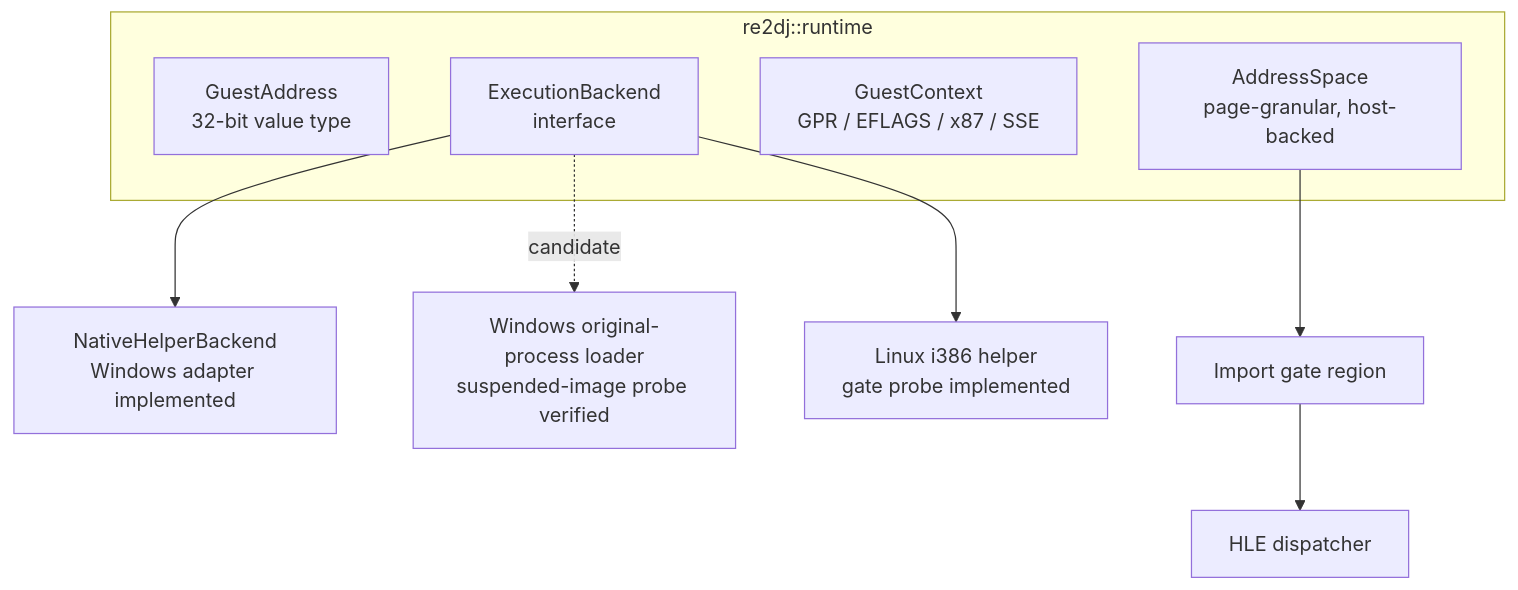
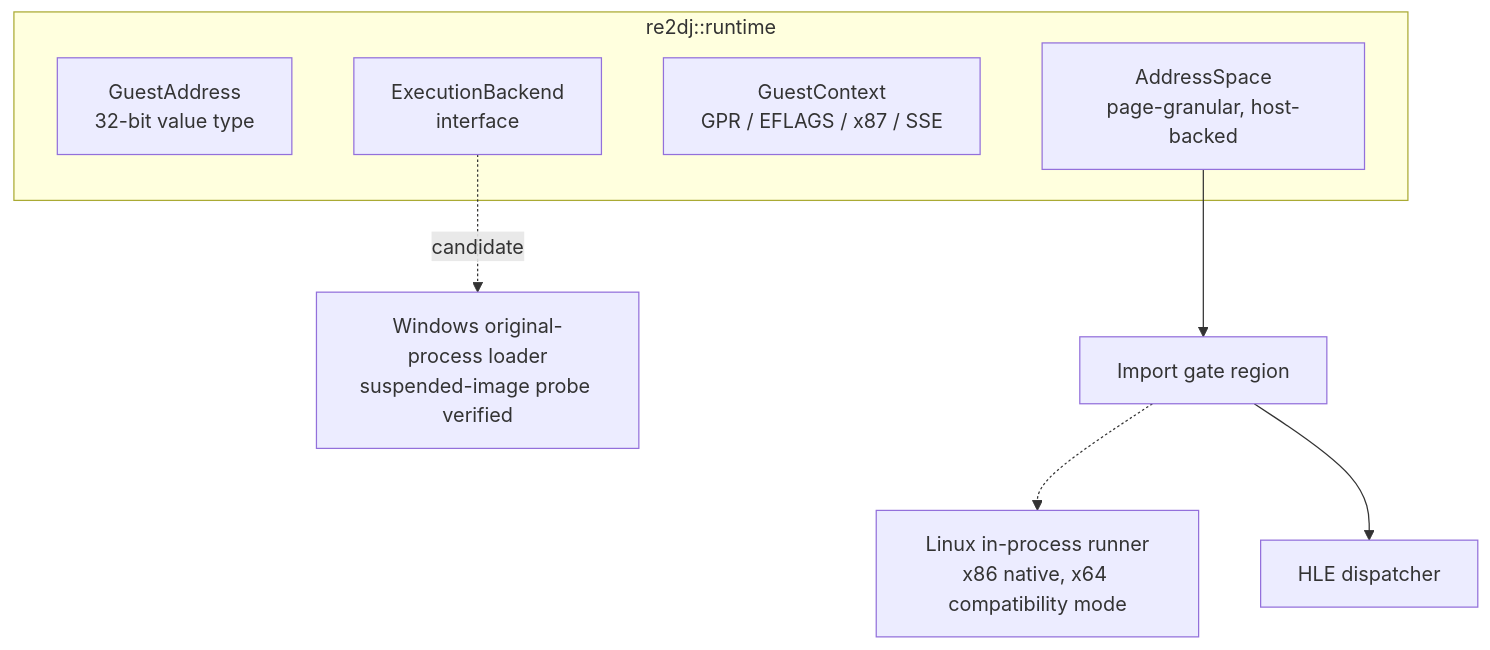
Before and after one commit to nworkers/re2DJ: the third of 4 diagrams in ARCHITECTURE.md, drawn with Mermaid. The commit also changed other lines of this file and 224 other files, not shown here.

````diff
--- a/ARCHITECTURE.md
+++ b/ARCHITECTURE.md
@@ -508,14 +578,13 @@
 ```mermaid
 flowchart TD
     subgraph runtime["re2dj::runtime"]
         GA["GuestAddress<br/>32-bit value type"]
         AS["AddressSpace<br/>page-granular, host-backed"]
         CTX["GuestContext<br/>GPR / EFLAGS / x87 / SSE"]
         BE["ExecutionBackend<br/>interface"]
     end
-    BE --> NAT["NativeHelperBackend<br/>Windows adapter implemented"]
     BE -.candidate.-> ORIG["Windows original-process loader<br/>suspended-image probe verified"]
-    BE --> LNX["Linux i386 helper<br/>gate probe implemented"]
+    GATE -.-> LNX["Linux in-process runner<br/>x86 native, x64 compatibility mode"]
     AS --> GATE["Import gate region"]
     GATE --> DISP["HLE dispatcher"]
 ```
````
